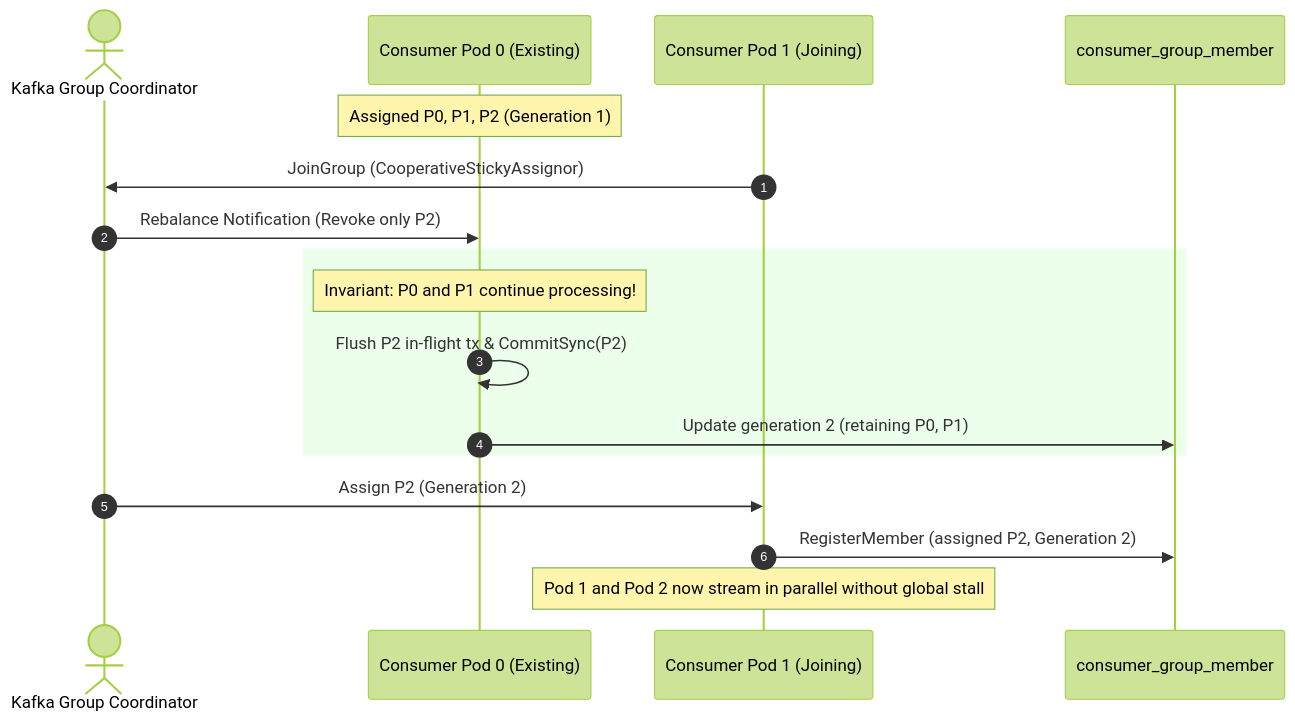
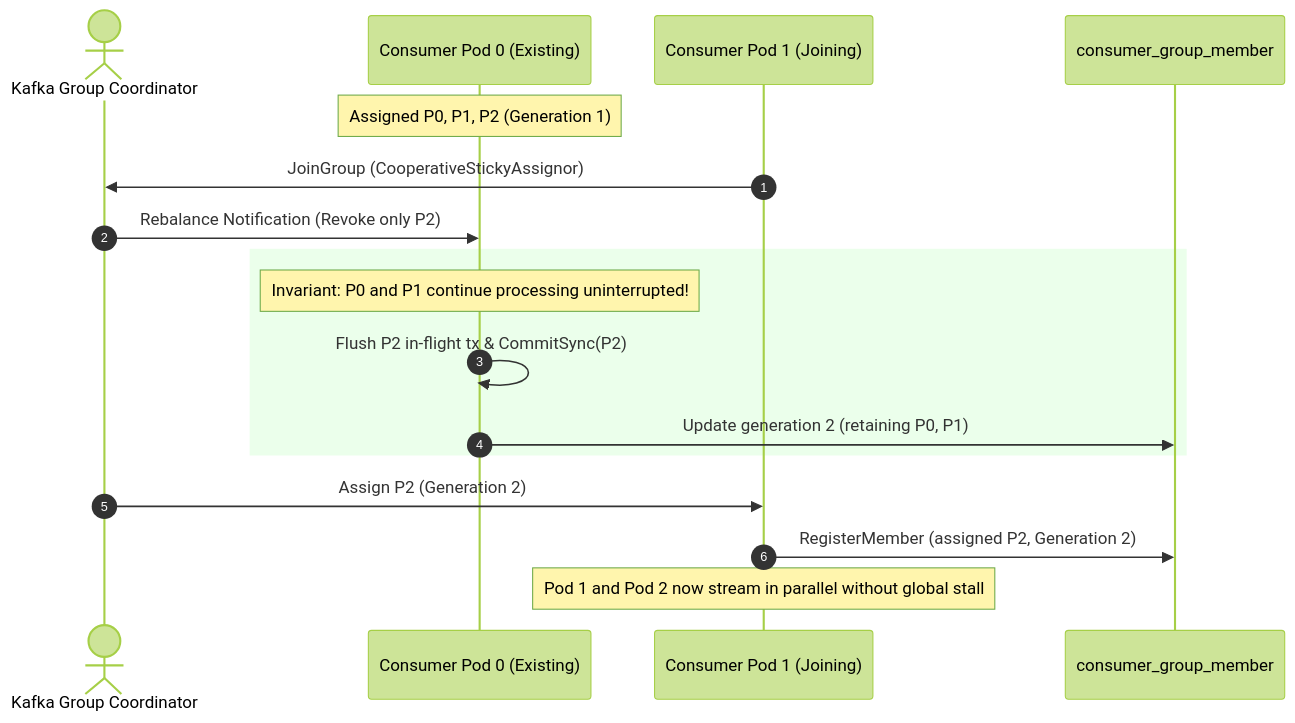
Before and after one commit to Chief-Strategist-J/event-driven-platform: the second of 4 diagrams in docs/features/consumer-groups/adr.md, drawn with Mermaid (forest theme). The commit also changed other lines of this file, not shown here.

Commit message:
docs(consumer-groups): expand ADR with invariants, watchdog ladder, and fencing sequence

````diff
--- a/docs/features/consumer-groups/adr.md
+++ b/docs/features/consumer-groups/adr.md
@@ -79,22 +94,22 @@
 ```mermaid
 sequenceDiagram
     autonumber
     actor Coord as Kafka Group Coordinator
     participant Pod1 as Consumer Pod 0 (Existing)
     participant Pod2 as Consumer Pod 1 (Joining)
     participant DB as consumer_group_member
 
     Note over Pod1: Assigned P0, P1, P2 (Generation 1)
     Pod2->>Coord: JoinGroup (CooperativeStickyAssignor)
     Coord->>Pod1: Rebalance Notification (Revoke only P2)
     
     rect rgb(235, 255, 235)
-        Note over Pod1: Invariant: P0 and P1 continue processing!
+        Note over Pod1: Invariant: P0 and P1 continue processing uninterrupted!
         Pod1->>Pod1: Flush P2 in-flight tx & CommitSync(P2)
         Pod1->>DB: Update generation 2 (retaining P0, P1)
     end
 
     Coord->>Pod2: Assign P2 (Generation 2)
     Pod2->>DB: RegisterMember (assigned P2, Generation 2)
     Note over Pod2: Pod 1 and Pod 2 now stream in parallel without global stall
 ```
````
